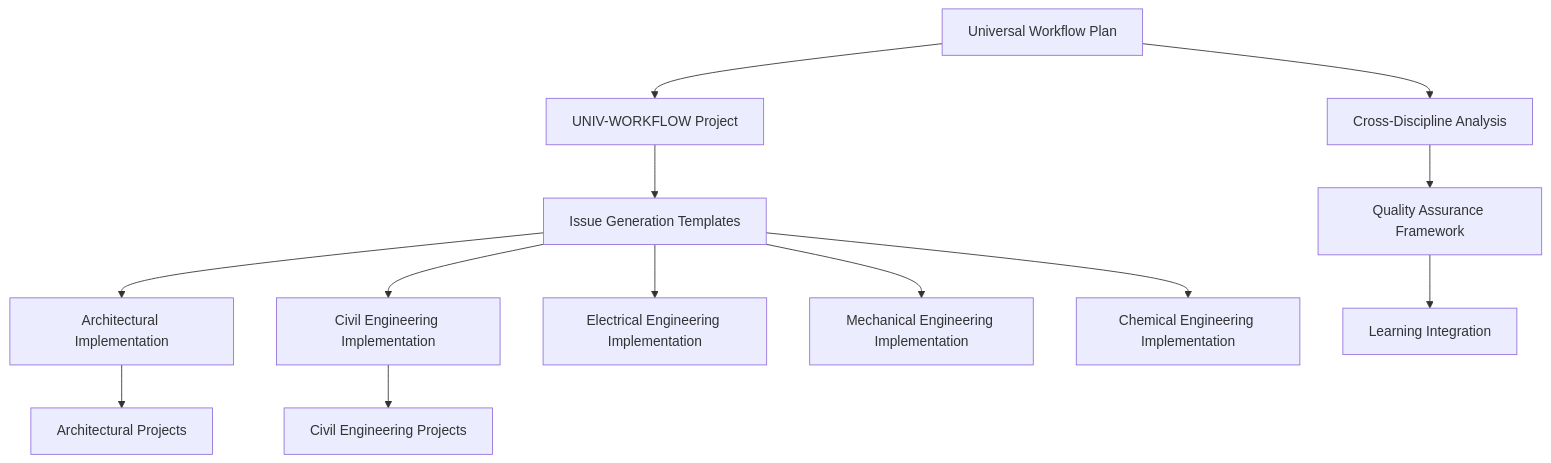
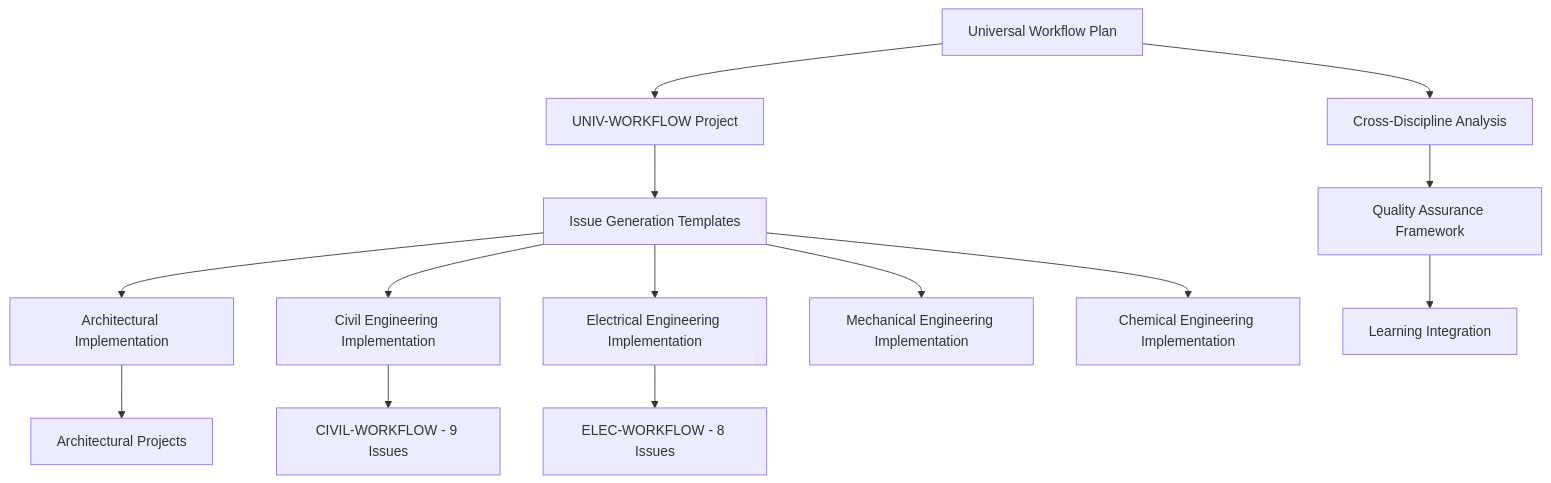
Before and after one commit to Construct-AI-primary/docs-paperclip: the diagram in procedures/workflows/universal-workflow-implementation-audit-trail.md, drawn with Mermaid. The commit also changed other lines of this file and 1426 other files, not shown here.

````diff
--- a/procedures/workflows/universal-workflow-implementation-audit-trail.md
+++ b/procedures/workflows/universal-workflow-implementation-audit-trail.md
@@ -210,15 +201,16 @@
 ```mermaid
 graph TD
     A[Universal Workflow Plan] --> B[UNIV-WORKFLOW Project]
     A --> C[Cross-Discipline Analysis]
     B --> D[Issue Generation Templates]
     D --> E[Architectural Implementation]
     D --> F[Civil Engineering Implementation]
     D --> G[Electrical Engineering Implementation]
     D --> H[Mechanical Engineering Implementation]
     D --> I[Chemical Engineering Implementation]
     E --> J[Architectural Projects]
-    F --> K[Civil Engineering Projects]
-    C --> L[Quality Assurance Framework]
-    L --> M[Learning Integration]
+    F --> K[CIVIL-WORKFLOW - 9 Issues]
+    G --> L[ELEC-WORKFLOW - 8 Issues]
+    C --> M[Quality Assurance Framework]
+    M --> N[Learning Integration]
 ```
````
